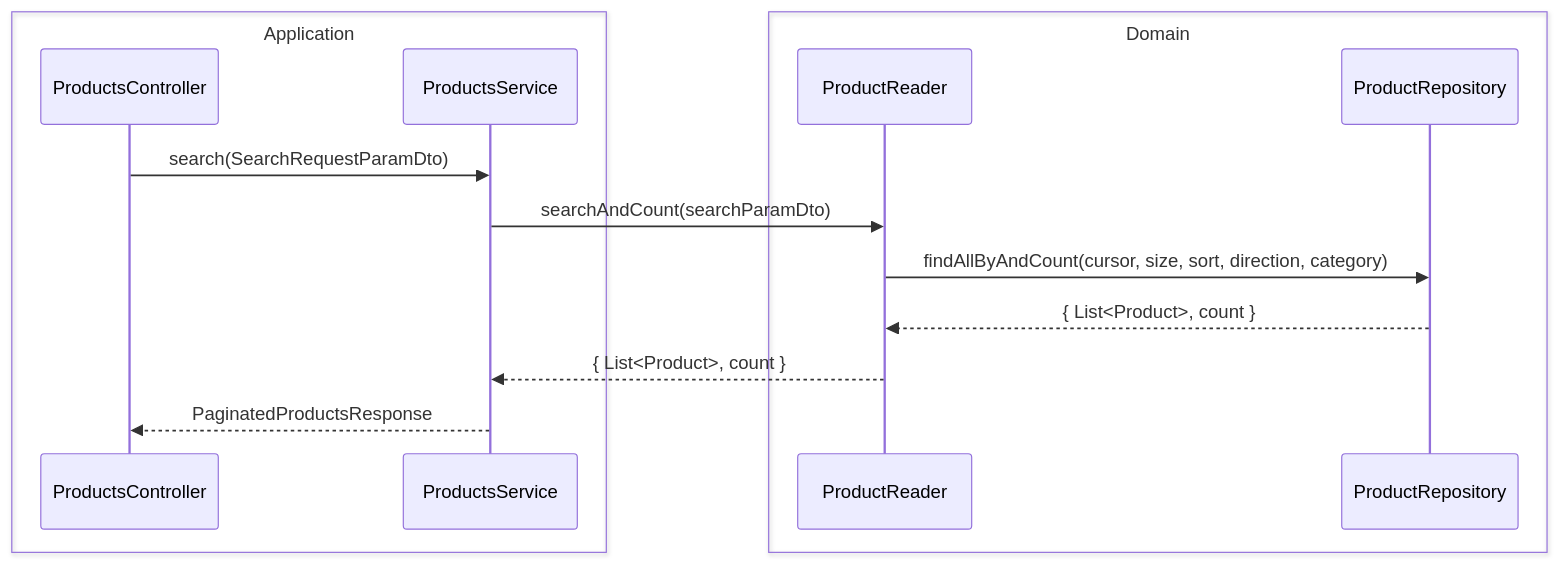
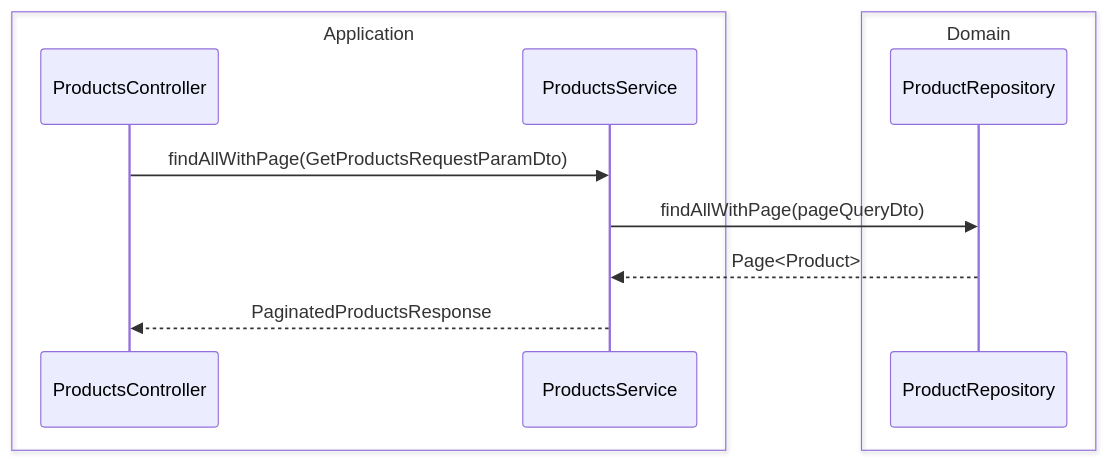
One commit to newbieJanghan/hh_plus_server changed the second of 4 diagrams in docs/api/products.md. Above: the diagram before and after it, drawn with Mermaid. The commit also changed other lines of this file, not shown here.

Commit message:
Docs: Product API / 메서드 네이밍 변경

````diff
--- a/docs/api/products.md
+++ b/docs/api/products.md
@@ -65,20 +65,15 @@
 ```mermaid
 sequenceDiagram
     box Application
         participant ProductsController
         participant ProductsService
     end
     box Domain
-        participant ProductReader
         participant ProductRepository
     end
 #
-    ProductsController ->> ProductsService: search(SearchRequestParamDto)
-    ProductsService ->> ProductReader: searchAndCount(searchParamDto)
-#
-    ProductReader ->> ProductRepository: findAllByAndCount(cursor, size, sort, direction, category)
-    ProductRepository -->> ProductReader: { List<Product>, count }
-#
-    ProductReader -->> ProductsService: { List<Product>, count }
+    ProductsController ->> ProductsService: findAllWithPage(GetProductsRequestParamDto)
+    ProductsService ->> ProductRepository: findAllWithPage(pageQueryDto)
+    ProductRepository -->> ProductsService: Page<Product>
     ProductsService -->> ProductsController: PaginatedProductsResponse
 ```
````
